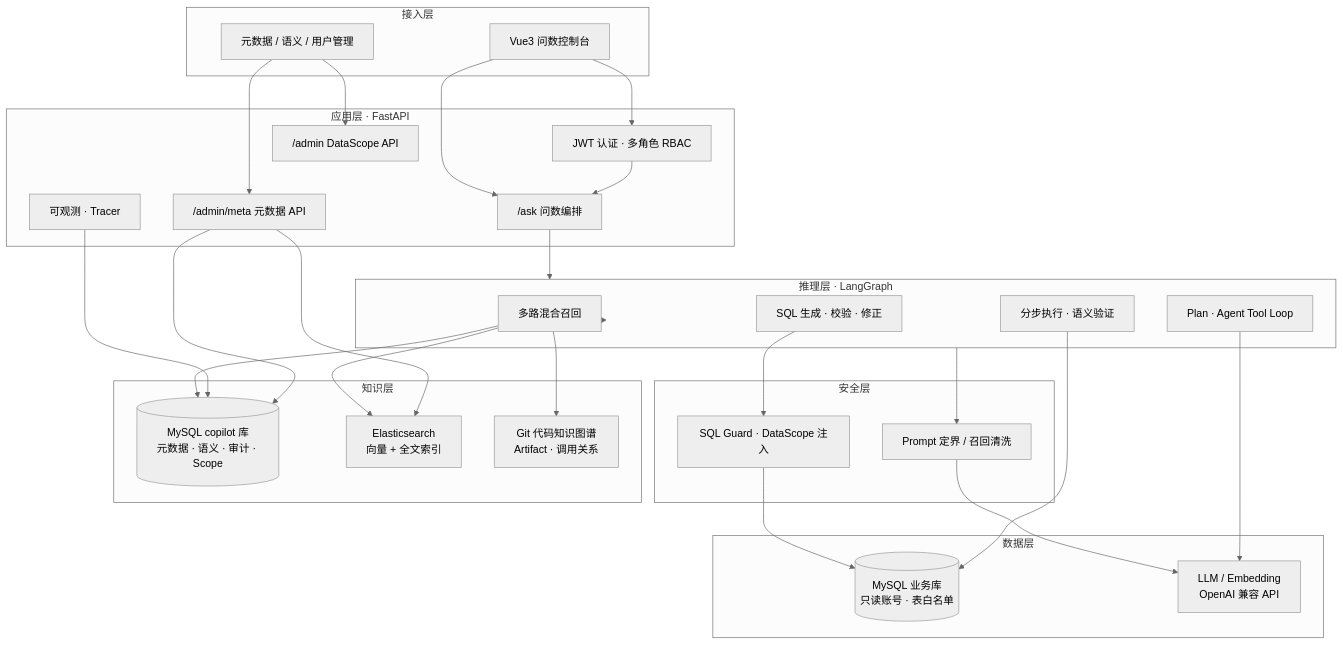
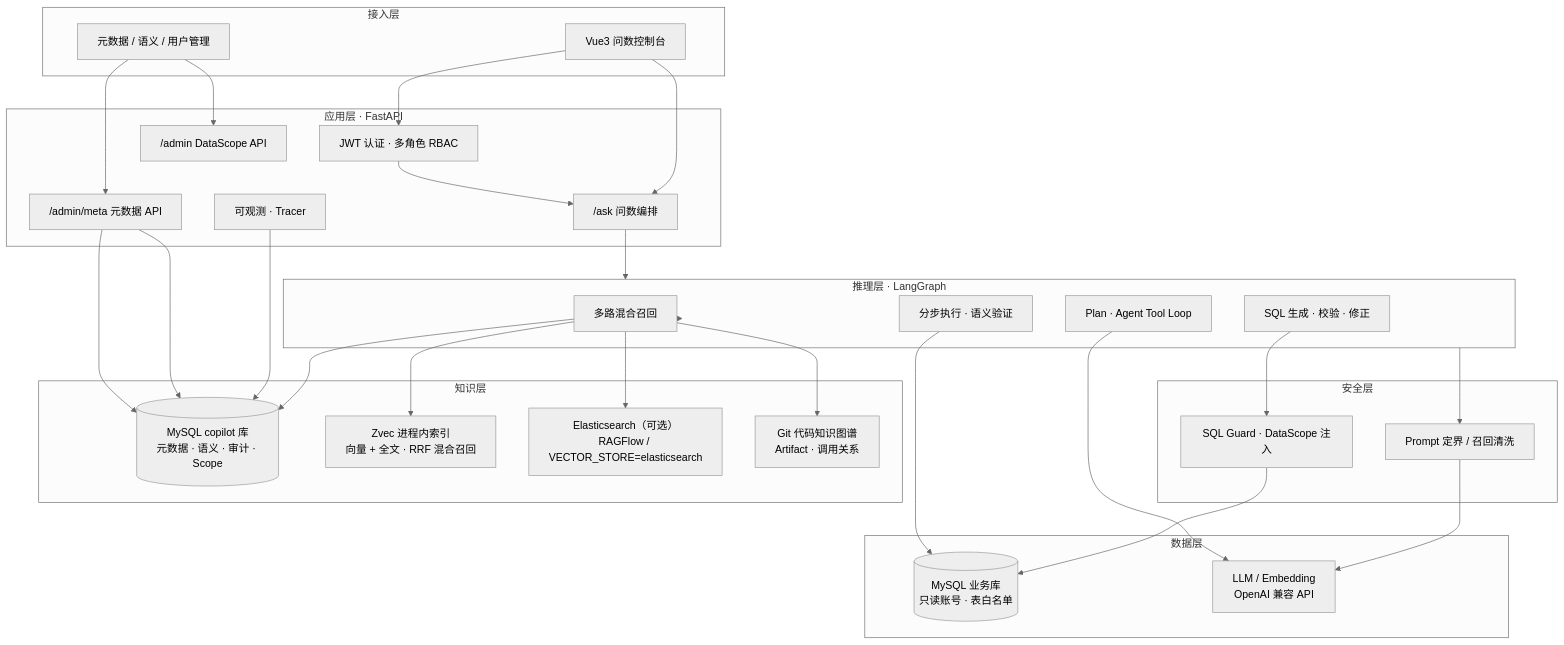
Before and after one commit to yanqiuping110-cloud/xb-data-copilot-bot: the first of 5 diagrams in README.md, drawn with Mermaid (neutral theme). The commit also changed other lines of this file and 47 other files, not shown here.

````diff
--- a/README.md
+++ b/README.md
@@ -32,58 +32,60 @@
 ```mermaid
 flowchart TB
     subgraph Client["接入层"]
         UI["Vue3 问数控制台"]
         Admin["元数据 / 语义 / 用户管理"]
     end
 
     subgraph API["应用层 · FastAPI"]
         Auth["JWT 认证 · 多角色 RBAC"]
         Ask["/ask 问数编排"]
         Meta["/admin/meta 元数据 API"]
         Scope["/admin  DataScope API"]
         Obs["可观测 · Tracer"]
     end
 
     subgraph Agent["推理层 · LangGraph"]
         Recall["多路混合召回"]
         Plan["Plan · Agent Tool Loop"]
         SQLGen["SQL 生成 · 校验 · 修正"]
         Exec["分步执行 · 语义验证"]
     end
 
     subgraph Security["安全层"]
         PB["Prompt 定界 / 召回清洗"]
         Guard["SQL Guard · DataScope 注入"]
     end
 
     subgraph Knowledge["知识层"]
         MySQLMeta[("MySQL copilot 库<br/>元数据 · 语义 · 审计 · Scope")]
-        ES["Elasticsearch<br/>向量 + 全文索引"]
+        Zvec["Zvec 进程内索引<br/>向量 + 全文 · RRF 混合召回"]
+        ES["Elasticsearch（可选）<br/>RAGFlow / VECTOR_STORE=elasticsearch"]
         CodeKG["Git 代码知识图谱<br/>Artifact · 调用关系"]
     end
 
     subgraph Data["数据层"]
         BizDB[("MySQL 业务库<br/>只读账号 · 表白名单")]
         LLM["LLM / Embedding<br/>OpenAI 兼容 API"]
     end
 
     UI --> Auth
     Admin --> Meta
     Admin --> Scope
     UI --> Ask
     Ask --> Agent
     Auth --> Ask
     Agent --> Recall
+    Recall --> Zvec
     Recall --> ES
     Recall --> MySQLMeta
     Recall --> CodeKG
     Agent --> PB
     PB --> LLM
     Plan --> LLM
     SQLGen --> Guard
     Guard --> BizDB
     Exec --> BizDB
     Obs --> MySQLMeta
     Meta --> MySQLMeta
-    Meta --> ES
+    Meta --> MySQLMeta
 ```
````
